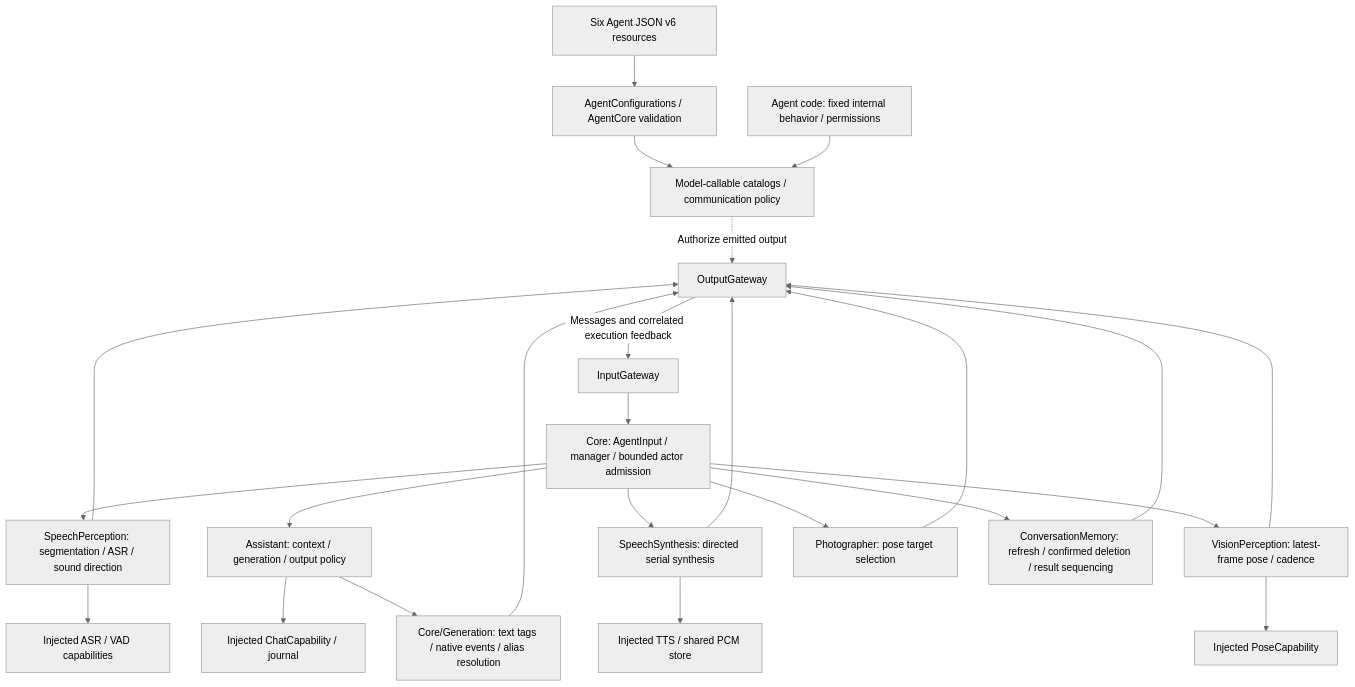
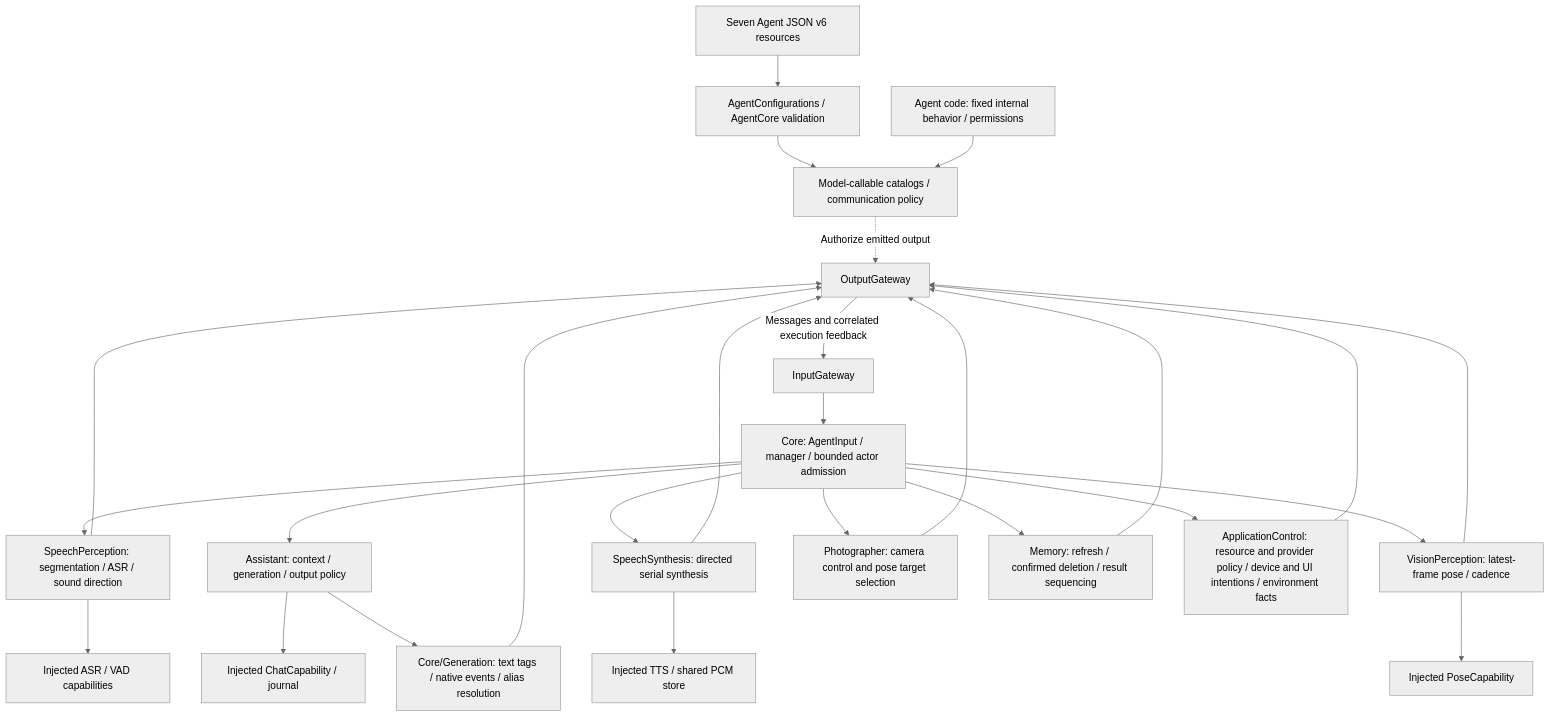
Before and after one commit to devilyouwei/MobileHarness: the second of 4 diagrams in MobileHarness/Agents/README.md, drawn with Mermaid (neutral theme). The commit also changed other lines of this file and 201 other files, not shown here.

````diff
--- a/MobileHarness/Agents/README.md
+++ b/MobileHarness/Agents/README.md
@@ -35,26 +35,28 @@
 ```mermaid
 flowchart TB
-    JSON[Six Agent JSON v6 resources] --> Loader[AgentConfigurations / AgentCore validation]
+    JSON[Seven Agent JSON v6 resources] --> Loader[AgentConfigurations / AgentCore validation]
     Loader --> Grants[Model-callable catalogs / communication policy]
     Code[Agent code: fixed internal behavior / permissions] --> Grants
     Input[InputGateway] --> Core[Core: AgentInput / manager / bounded actor admission]
     Core --> Speech[SpeechPerception: segmentation / ASR / sound direction]
     Core --> Assistant[Assistant: context / generation / output policy]
     Core --> Synthesis[SpeechSynthesis: directed serial synthesis]
     Core --> Vision[VisionPerception: latest-frame pose / cadence]
-    Core --> Photographer[Photographer: pose target selection]
-    Core --> Memory[ConversationMemory: refresh / confirmed deletion / result sequencing]
+    Core --> Photographer[Photographer: camera control and pose target selection]
+    Core --> Memory[Memory: refresh / confirmed deletion / result sequencing]
+    Core --> Resource[ApplicationControl: resource and provider policy / device and UI intentions / environment facts]
     Speech --> ASR[Injected ASR / VAD capabilities]
     Assistant --> Chat[Injected ChatCapability / journal]
     Synthesis --> TTS[Injected TTS / shared PCM store]
     Vision --> Pose[Injected PoseCapability]
     Assistant --> Parser[Core/Generation: text tags / native events / alias resolution]
     Parser --> Output[OutputGateway]
     Speech --> Output
     Synthesis --> Output
     Vision --> Output
     Photographer --> Output
     Memory --> Output
+    Resource --> Output
     Grants -.->|Authorize emitted output| Output
     Output -->|Messages and correlated execution feedback| Input
 ```
````
